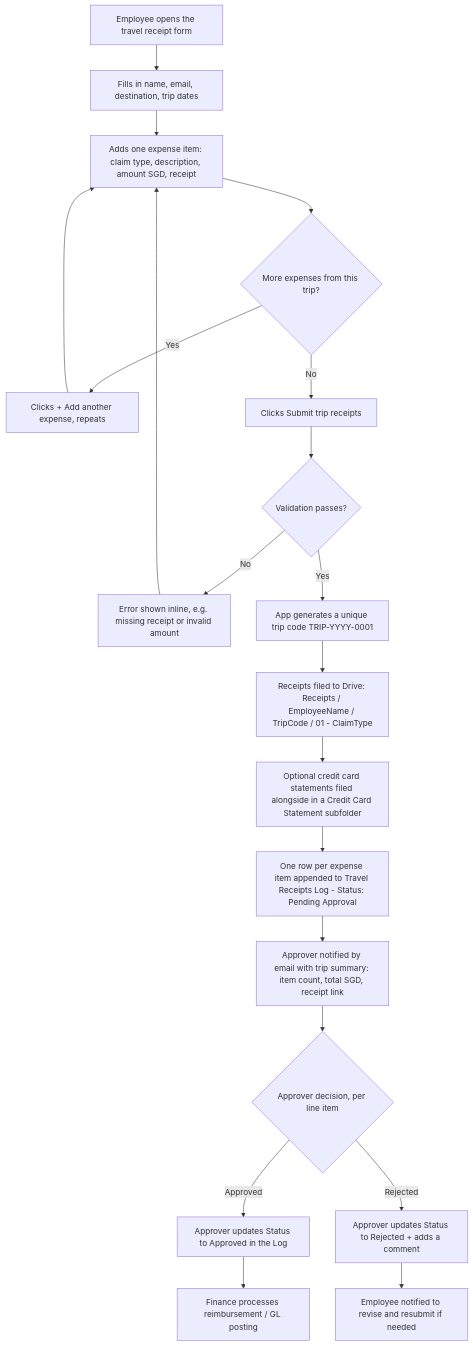
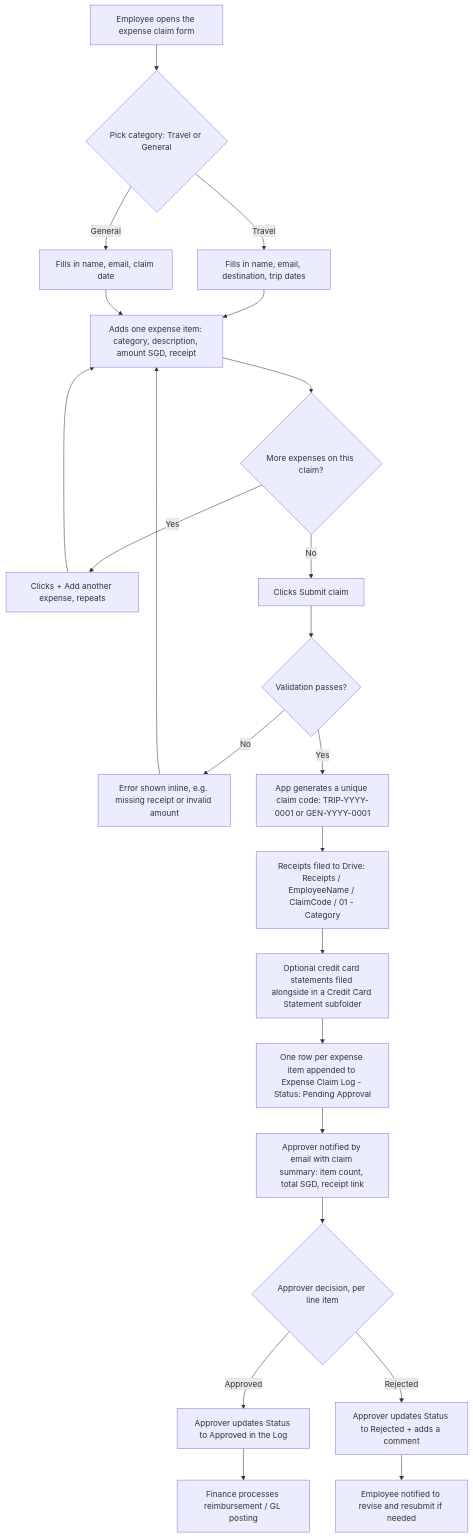
The diagram in travel-receipts-app/FLOW.md (graceyap-crypto/GGI), drawn with Mermaid before and after one commit. The commit also changed other lines of this file and 5 other files, not shown here.

First line of the commit message:
Add Travel/General claim categories to the expense claim log app

````diff
--- a/travel-receipts-app/FLOW.md
+++ b/travel-receipts-app/FLOW.md
@@ -5,22 +5,25 @@
 ```mermaid
 flowchart TD
-    A[Employee opens the travel receipt form] --> B[Fills in name, email, destination, trip dates]
-    B --> C[Adds one expense item: claim type, description, amount SGD, receipt]
-    C --> D{More expenses from this trip?}
-    D -- Yes --> E[Clicks + Add another expense, repeats]
-    E --> C
-    D -- No --> F[Clicks Submit trip receipts]
-    F --> G{Validation passes?}
-    G -- No --> H[Error shown inline, e.g. missing receipt or invalid amount]
-    H --> C
-    G -- Yes --> I[App generates a unique trip code TRIP-YYYY-0001]
-    I --> J[Receipts filed to Drive: Receipts / EmployeeName / TripCode / 01 - ClaimType]
-    J --> K[Optional credit card statements filed alongside in a Credit Card Statement subfolder]
-    K --> L[One row per expense item appended to Travel Receipts Log - Status: Pending Approval]
-    L --> M[Approver notified by email with trip summary: item count, total SGD, receipt link]
-    M --> N{Approver decision, per line item}
-    N -- Approved --> O[Approver updates Status to Approved in the Log]
-    N -- Rejected --> P[Approver updates Status to Rejected + adds a comment]
-    O --> Q[Finance processes reimbursement / GL posting]
-    P --> R[Employee notified to revise and resubmit if needed]
+    A[Employee opens the expense claim form] --> B{Pick category: Travel or General}
+    B -- Travel --> C1[Fills in name, email, destination, trip dates]
+    B -- General --> C2[Fills in name, email, claim date]
+    C1 --> D[Adds one expense item: category, description, amount SGD, receipt]
+    C2 --> D
+    D --> E{More expenses on this claim?}
+    E -- Yes --> F[Clicks + Add another expense, repeats]
+    F --> D
+    E -- No --> G[Clicks Submit claim]
+    G --> H{Validation passes?}
+    H -- No --> I[Error shown inline, e.g. missing receipt or invalid amount]
+    I --> D
+    H -- Yes --> J[App generates a unique claim code: TRIP-YYYY-0001 or GEN-YYYY-0001]
+    J --> K[Receipts filed to Drive: Receipts / EmployeeName / ClaimCode / 01 - Category]
+    K --> L[Optional credit card statements filed alongside in a Credit Card Statement subfolder]
+    L --> M[One row per expense item appended to Expense Claim Log - Status: Pending Approval]
+    M --> N[Approver notified by email with claim summary: item count, total SGD, receipt link]
+    N --> O{Approver decision, per line item}
+    O -- Approved --> P[Approver updates Status to Approved in the Log]
+    O -- Rejected --> Q[Approver updates Status to Rejected + adds a comment]
+    P --> R[Finance processes reimbursement / GL posting]
+    Q --> S[Employee notified to revise and resubmit if needed]
 ```
````
